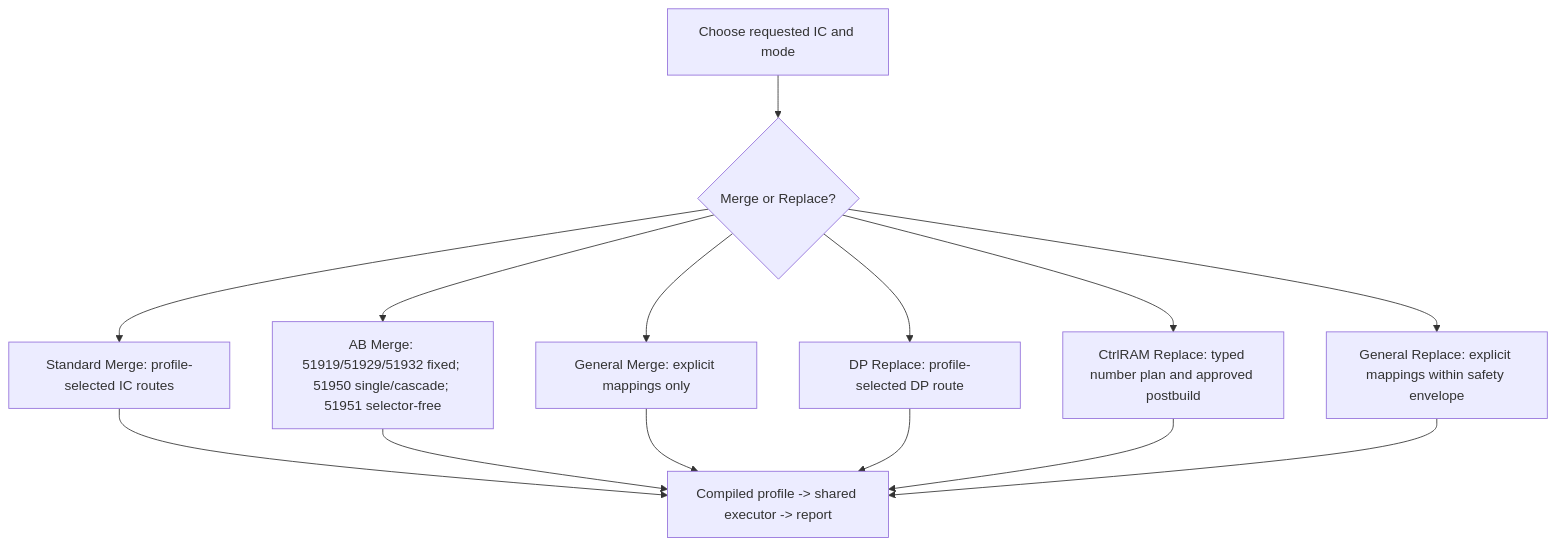
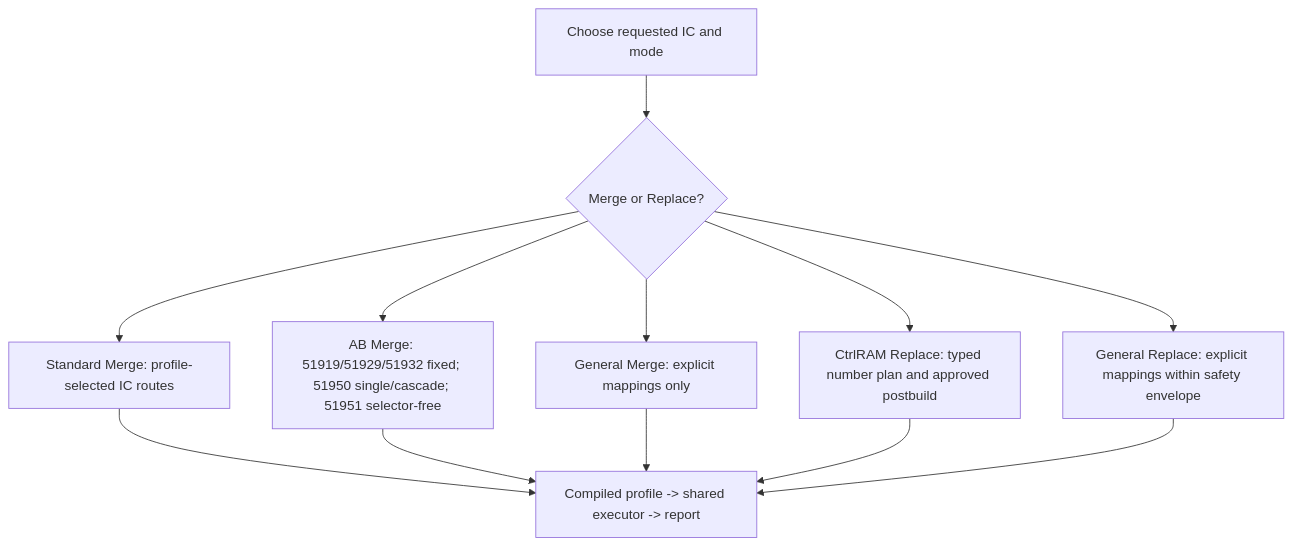
The first of 14 diagrams in docs/architecture/ic-workflow-flowcharts.md (Dennis40816/nvt_fw_combiner), drawn with Mermaid before and after one commit. The commit also changed other lines of this file and 209 other files, not shown here.

````diff
--- a/docs/architecture/ic-workflow-flowcharts.md
+++ b/docs/architecture/ic-workflow-flowcharts.md
@@ -62,16 +63,14 @@
 ```mermaid
 flowchart TD
     A["Choose requested IC and mode"] --> B{"Merge or Replace?"}
     B --> C["Standard Merge: profile-selected IC routes"]
     B --> D["AB Merge: 51919/51929/51932 fixed; 51950 single/cascade; 51951 selector-free"]
     B --> E["General Merge: explicit mappings only"]
-    B --> F["DP Replace: profile-selected DP route"]
     B --> G["CtrlRAM Replace: typed number plan and approved postbuild"]
     B --> H["General Replace: explicit mappings within safety envelope"]
     C --> I["Compiled profile -> shared executor -> report"]
     D --> I
     E --> I
-    F --> I
     G --> I
     H --> I
 ```
````
